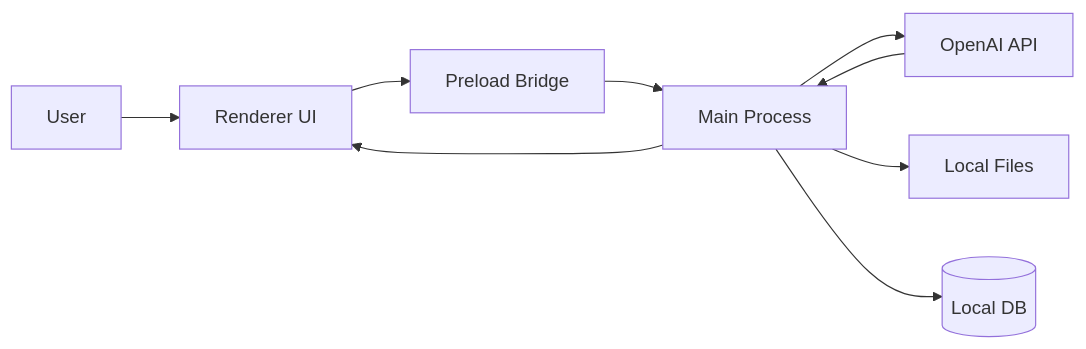
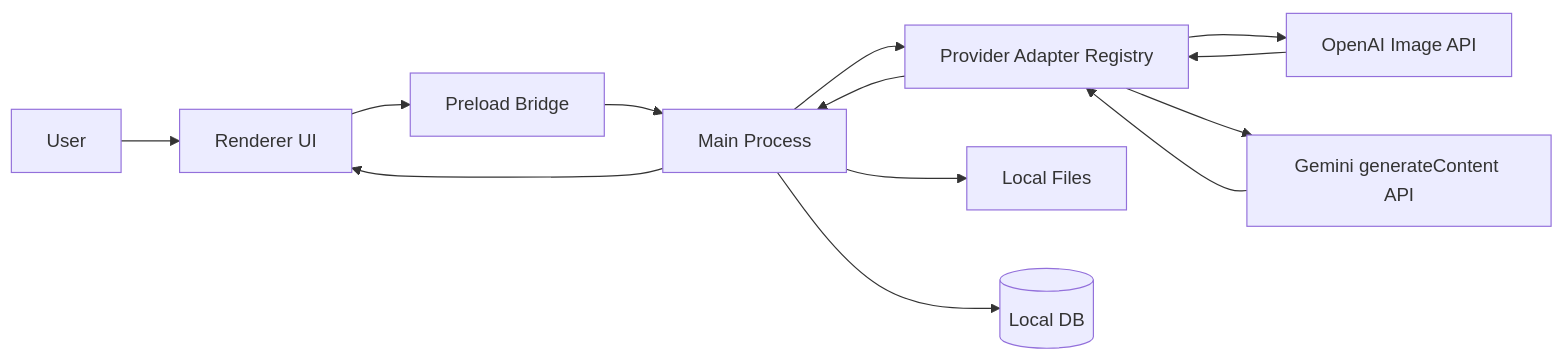
Before and after one commit to Bliveren/CrossGen: the diagram in ARCHITECTURE.md, drawn with Mermaid. The commit also changed other lines of this file and 9 other files, not shown here.

````diff
--- a/ARCHITECTURE.md
+++ b/ARCHITECTURE.md
@@ -13,11 +13,15 @@
 ```mermaid
 flowchart LR
   U[User] --> R[Renderer UI]
   R --> P[Preload Bridge]
   P --> M[Main Process]
-  M --> O[OpenAI API]
+  M --> A[Provider Adapter Registry]
+  A --> O[OpenAI Image API]
+  A --> G[Gemini generateContent API]
   M --> F[Local Files]
   M --> D[(Local DB)]
-  O --> M
+  O --> A
+  G --> A
+  A --> M
   M --> R
 ```
````
